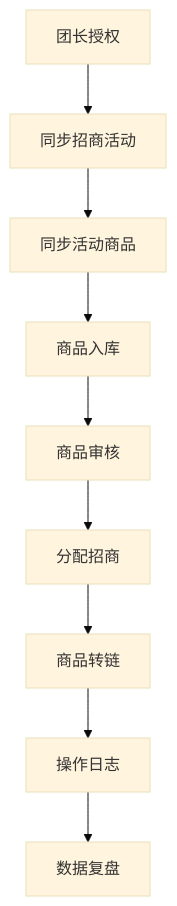
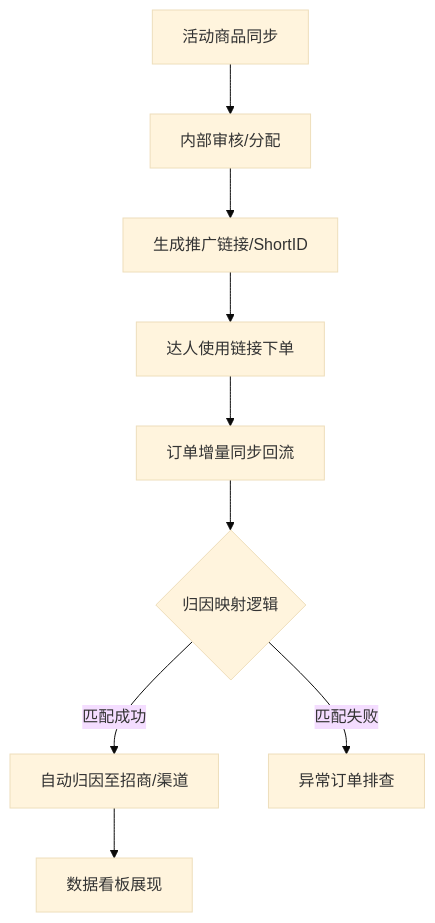
Before and after one commit to laoliu-463/saas: the diagram in docs/01-业务闭环.md, drawn with Mermaid (base theme). The commit also changed other lines of this file and 14 other files, not shown here.

````diff
--- a/docs/01-业务闭环.md
+++ b/docs/01-业务闭环.md
@@ -31,11 +9,11 @@
 ```mermaid
-flowchart TD
-    A[团长授权] --> B[同步招商活动]
-    B --> C[同步活动商品]
-    C --> D[商品入库]
-    D --> E[商品审核]
-    E --> F[分配招商]
-    F --> G[商品转链]
-    G --> H[操作日志]
-    H --> I[数据复盘]
+graph TD
+    A[活动商品同步] --> B[内部审核/分配]
+    B --> C[生成推广链接/ShortID]
+    C --> D[达人使用链接下单]
+    D --> E[订单增量同步回流]
+    E --> F{归因映射逻辑}
+    F -- 匹配成功 --> G[自动归因至招商/渠道]
+    F -- 匹配失败 --> H[异常订单排查]
+    G --> I[数据看板展现]
 ```
````
